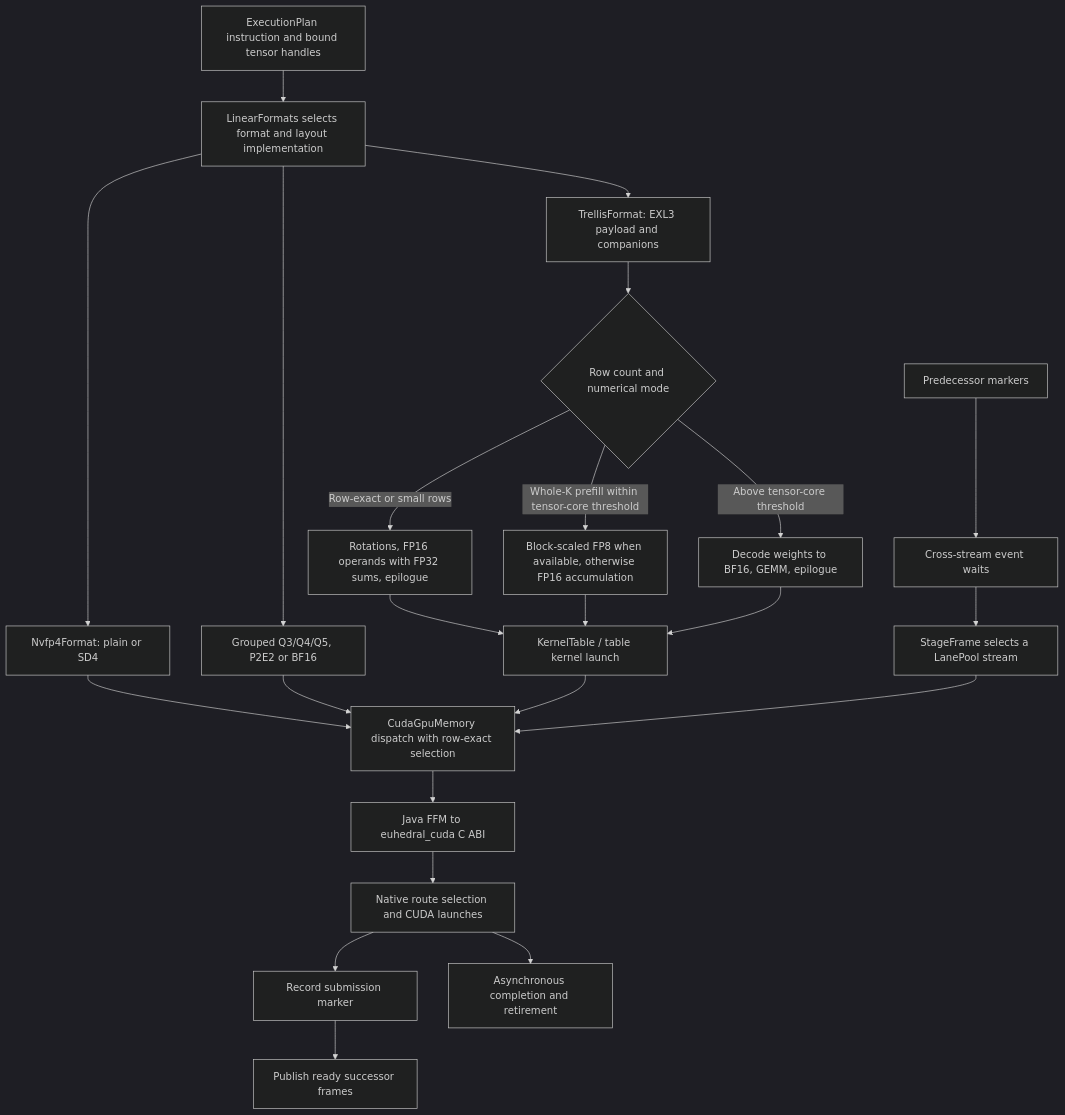
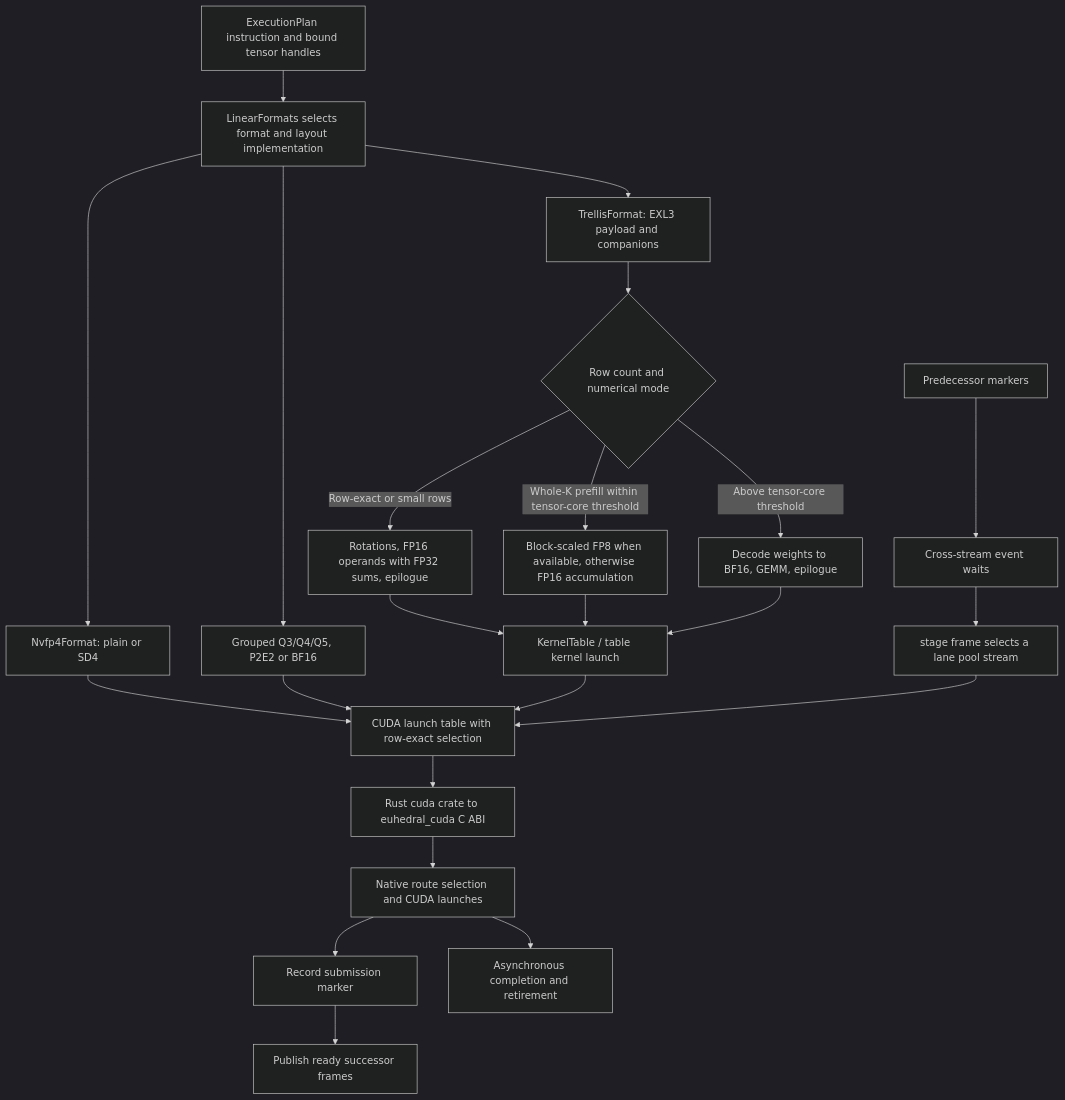
Before and after one commit to Euhedral-Engine/Euhedral: the diagram in docs/architecture/07-cuda-execution.md, drawn with Mermaid (dark theme). The commit also changed other lines of this file and 21 other files, not shown here.

Commit message:
docs: anchor the architecture and subsystem docs on the Rust crates and drop the Java and Gradle references

````diff
--- a/docs/architecture/07-cuda-execution.md
+++ b/docs/architecture/07-cuda-execution.md
@@ -5,25 +5,25 @@
 ```mermaid
 flowchart TB
     Instruction[ExecutionPlan instruction and bound tensor handles] --> Format[LinearFormats selects format and layout implementation]
     Format --> NV[Nvfp4Format: plain or SD4]
     Format --> TR[TrellisFormat: EXL3 payload and companions]
     Format --> Other[Grouped Q3/Q4/Q5, P2E2 or BF16]
-    NV --> Binding[CudaGpuMemory dispatch with row-exact selection]
+    NV --> Binding[CUDA launch table with row-exact selection]
     TR --> TRoute{Row count and numerical mode}
     TRoute -->|Row-exact or small rows| TMMA[Rotations, FP16 operands with FP32 sums, epilogue]
     TRoute -->|Whole-K prefill within tensor-core threshold| TFP8[Block-scaled FP8 when available, otherwise FP16 accumulation]
     TRoute -->|Above tensor-core threshold| TBF[Decode weights to BF16, GEMM, epilogue]
     TMMA --> Table[KernelTable / table kernel launch]
     TFP8 --> Table
     TBF --> Table
     Other --> Binding
     Table --> Binding
-    Binding --> ABI[Java FFM to euhedral_cuda C ABI]
+    Binding --> ABI[Rust cuda crate to euhedral_cuda C ABI]
     ABI --> Native[Native route selection and CUDA launches]
-    Lane[StageFrame selects a LanePool stream] --> Binding
+    Lane[stage frame selects a lane pool stream] --> Binding
     Pred[Predecessor markers] --> Wait[Cross-stream event waits]
     Wait --> Lane
     Native --> Marker[Record submission marker]
     Marker --> Successor[Publish ready successor frames]
     Native --> Completion[Asynchronous completion and retirement]
 ```
````
